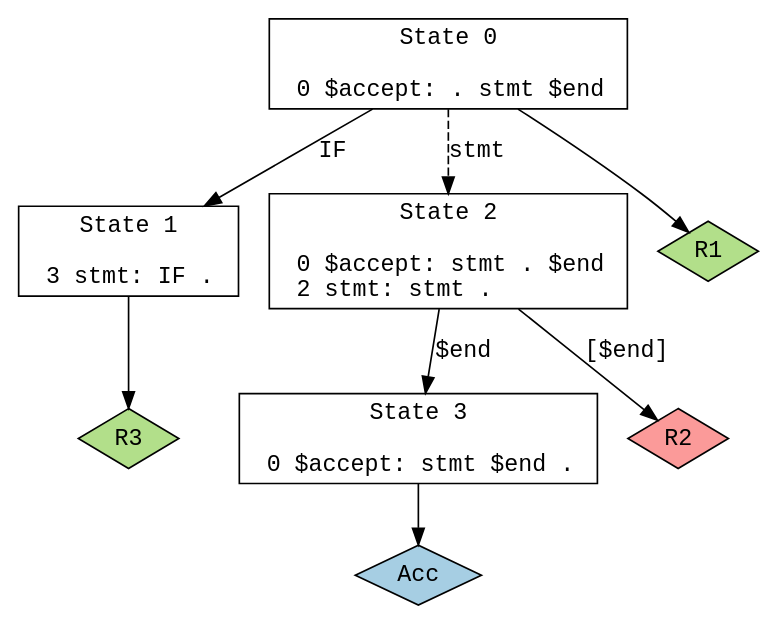
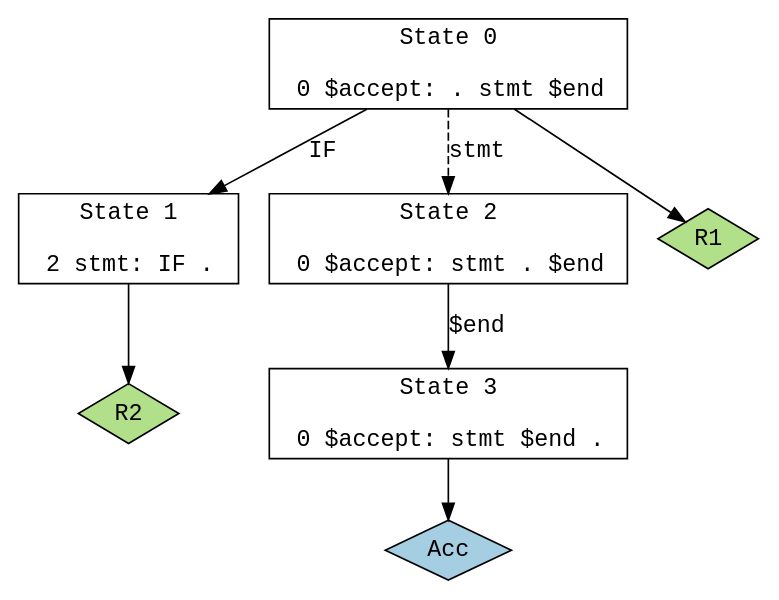
One commit to FrankiePaolo/IMAGine changed the diagram in parser.dot. Above: the diagram before and after it, drawn with Graphviz. The commit also changed 3 other files, not shown here.

```diff
--- a/parser.dot
+++ b/parser.dot
@@ -1,25 +1,23 @@
 // Generated by GNU Bison 3.4.1.
 // Report bugs to <bug-bison@gnu.org>.
 // Home page: <http://www.gnu.org/software/bison/>.
 
 digraph "parser.y"
 {
   node [fontname = courier, shape = box, colorscheme = paired6]
   edge [fontname = courier]
 
   0 [label="State 0\n\l  0 $accept: . stmt $end\l"]
   0 -> 1 [style=solid label="IF"]
   0 -> 2 [style=dashed label="stmt"]
   0 -> "0R1" [style=solid]
  "0R1" [label="R1", fillcolor=3, shape=diamond, style=filled]
-  1 [label="State 1\n\l  3 stmt: IF .\l"]
-  1 -> "1R3" [style=solid]
- "1R3" [label="R3", fillcolor=3, shape=diamond, style=filled]
-  2 [label="State 2\n\l  0 $accept: stmt . $end\l  2 stmt: stmt .\l"]
+  1 [label="State 1\n\l  2 stmt: IF .\l"]
+  1 -> "1R2" [style=solid]
+ "1R2" [label="R2", fillcolor=3, shape=diamond, style=filled]
+  2 [label="State 2\n\l  0 $accept: stmt . $end\l"]
   2 -> 3 [style=solid label="$end"]
-  2 -> "2R2d" [label="[$end]", style=solid]
- "2R2d" [label="R2", fillcolor=5, shape=diamond, style=filled]
   3 [label="State 3\n\l  0 $accept: stmt $end .\l"]
   3 -> "3R0" [style=solid]
  "3R0" [label="Acc", fillcolor=1, shape=diamond, style=filled]
 }
```
